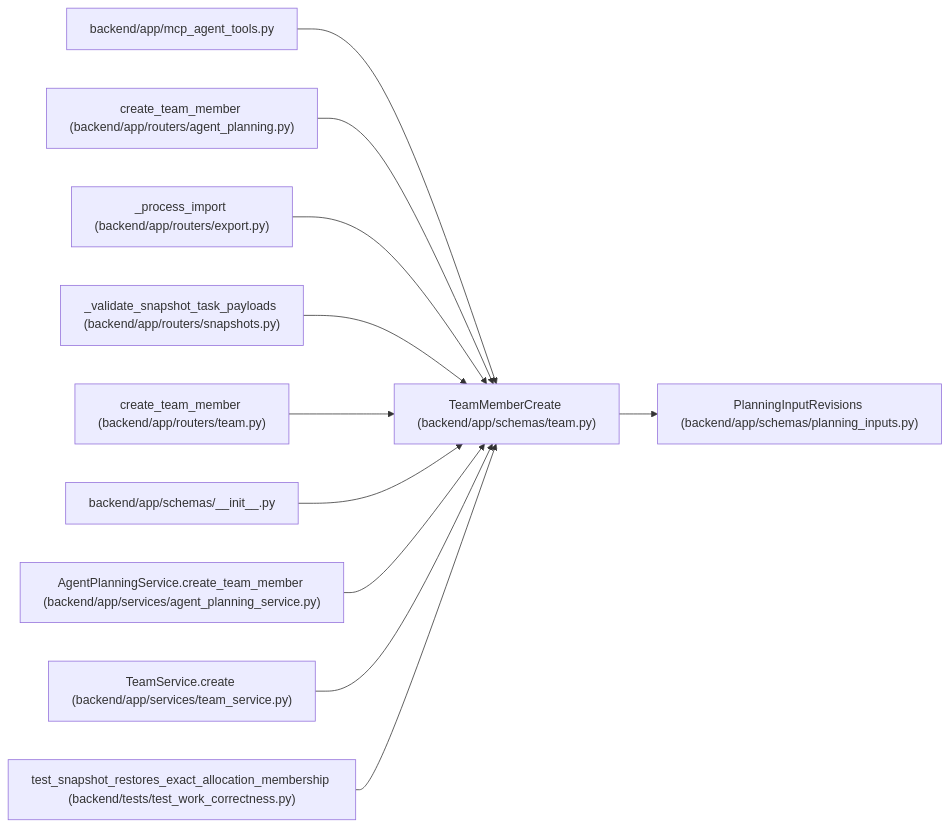
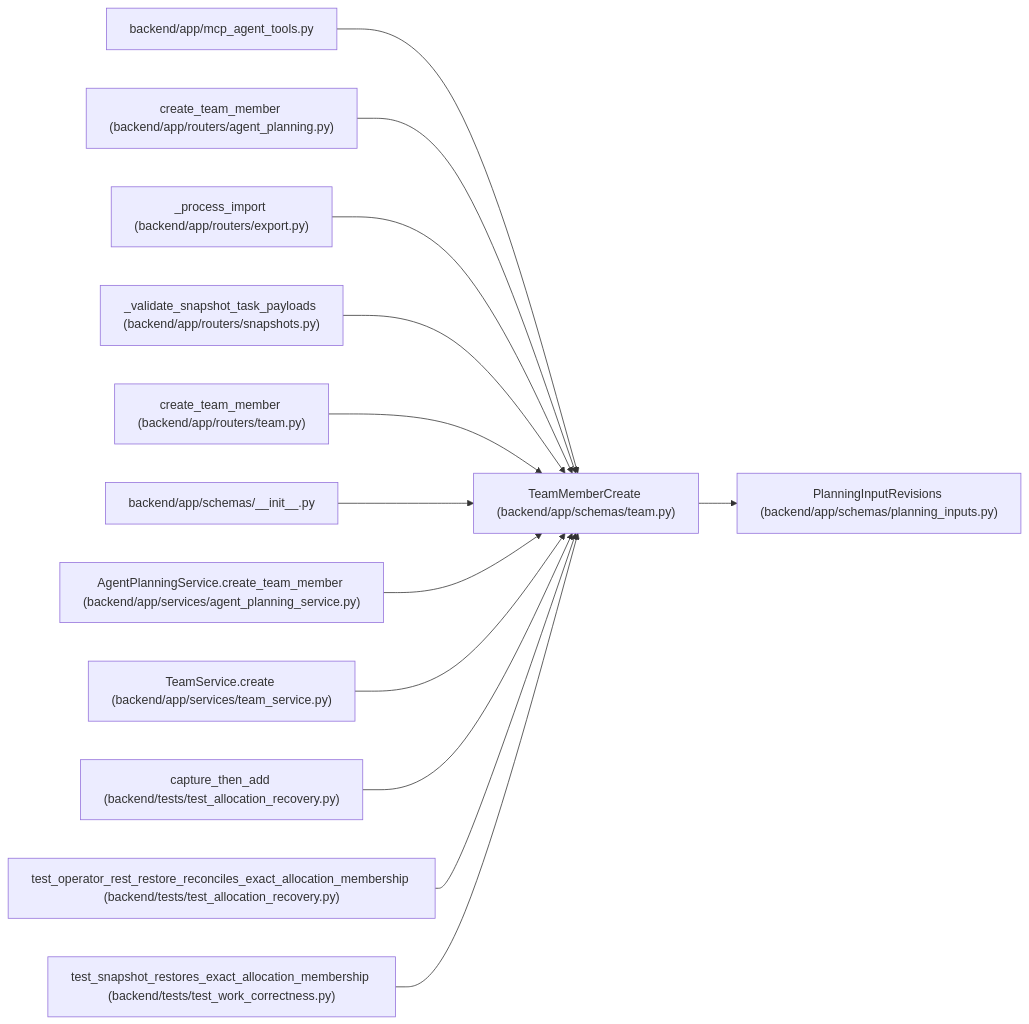
The diagram in docs/llm_wiki/entities/schemas_team_TeamMemberCreate.md (Denissvgn/WorkChord), drawn with Mermaid before and after one commit. The commit also changed other lines of this file and 291 other files, not shown here.

Commit message:
docs(wiki): explain atomic allocation membership recovery

````diff
--- a/docs/llm_wiki/entities/schemas_team_TeamMemberCreate.md
+++ b/docs/llm_wiki/entities/schemas_team_TeamMemberCreate.md
@@ -31,35 +31,41 @@
 ```mermaid
 flowchart LR
     n0["TeamMemberCreate (backend/app/schemas/team.py)"]
     n1["PlanningInputRevisions (backend/app/schemas/planning_inputs.py)"]
     n2["backend/app/mcp_agent_tools.py"]
     n3["create_team_member (backend/app/routers/agent_planning.py)"]
     n4["_process_import (backend/app/routers/export.py)"]
     n5["_validate_snapshot_task_payloads (backend/app/routers/snapshots.py)"]
     n6["create_team_member (backend/app/routers/team.py)"]
     n7["backend/app/schemas/__init__.py"]
     n8["AgentPlanningService.create_team_member (backend/app/services/agent_planning_service.py)"]
     n9["TeamService.create (backend/app/services/team_service.py)"]
-    n10["test_snapshot_restores_exact_allocation_membership (backend/tests/test_work_correctness.py)"]
+    n10["capture_then_add (backend/tests/test_allocation_recovery.py)"]
+    n11["test_operator_rest_restore_reconciles_exact_allocation_membership (backend/tests/test_allocation_recovery.py)"]
+    n12["test_snapshot_restores_exact_allocation_membership (backend/tests/test_work_correctness.py)"]
     n0 --> n1
     n2 --> n0
     n3 --> n0
     n4 --> n0
     n5 --> n0
     n6 --> n0
     n7 --> n0
     n8 --> n0
     n9 --> n0
     n10 --> n0
+    n11 --> n0
+    n12 --> n0
     click n0 "../modules/schemas_team.md"
     click n1 "../modules/planning_inputs.md"
     click n2 "../modules/mcp_agent_tools.md"
     click n3 "../modules/routers_agent_planning.md"
     click n4 "../modules/export.md"
     click n5 "../modules/snapshots.md"
     click n6 "../modules/routers_team.md"
     click n7 "../modules/schemas___init__.md"
     click n8 "../modules/agent_planning_service.md"
     click n9 "../modules/team_service.md"
-    click n10 "../modules/test_work_correctness.md"
+    click n10 "../modules/test_allocation_recovery.md"
+    click n11 "../modules/test_allocation_recovery.md"
+    click n12 "../modules/test_work_correctness.md"
 ```
````
